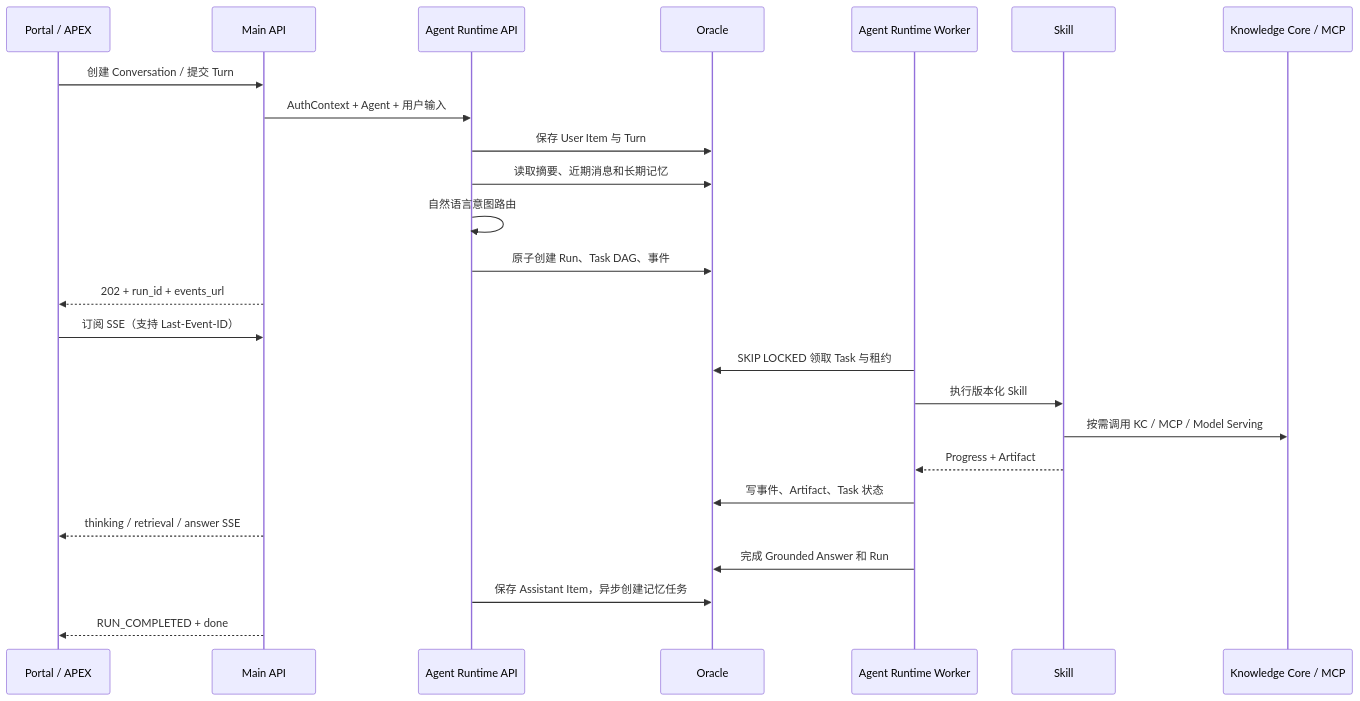
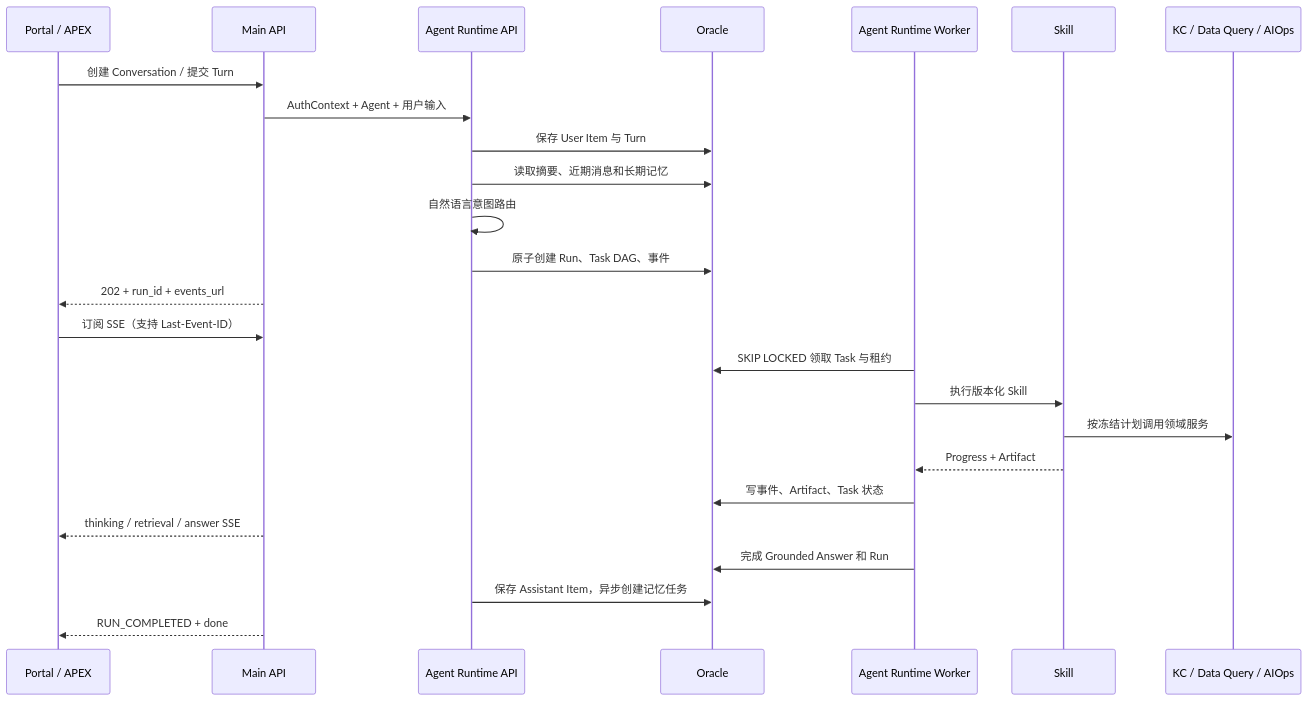
One commit to munger1985/kbot changed the diagram in docs/product/agent-chat.md. Above: the diagram before and after it, drawn with Mermaid. The commit also changed other lines of this file and 35 other files, not shown here.

````diff
--- a/docs/product/agent-chat.md
+++ b/docs/product/agent-chat.md
@@ -23,28 +28,28 @@
 ```mermaid
 sequenceDiagram
     participant UI as Portal / APEX
     participant API as Main API
     participant AR as Agent Runtime API
     participant DB as Oracle
     participant W as Agent Runtime Worker
     participant S as Skill
-    participant KC as Knowledge Core / MCP
+    participant DS as KC / Data Query / AIOps
 
     UI->>API: 创建 Conversation / 提交 Turn
     API->>AR: AuthContext + Agent + 用户输入
     AR->>DB: 保存 User Item 与 Turn
     AR->>DB: 读取摘要、近期消息和长期记忆
     AR->>AR: 自然语言意图路由
     AR->>DB: 原子创建 Run、Task DAG、事件
     API-->>UI: 202 + run_id + events_url
     UI->>API: 订阅 SSE（支持 Last-Event-ID）
     W->>DB: SKIP LOCKED 领取 Task 与租约
     W->>S: 执行版本化 Skill
-    S->>KC: 按需调用 KC / MCP / Model Serving
+    S->>DS: 按冻结计划调用领域服务
     S-->>W: Progress + Artifact
     W->>DB: 写事件、Artifact、Task 状态
     API-->>UI: thinking / retrieval / answer SSE
     W->>DB: 完成 Grounded Answer 和 Run
     AR->>DB: 保存 Assistant Item，异步创建记忆任务
     API-->>UI: RUN_COMPLETED + done
 ```
````
